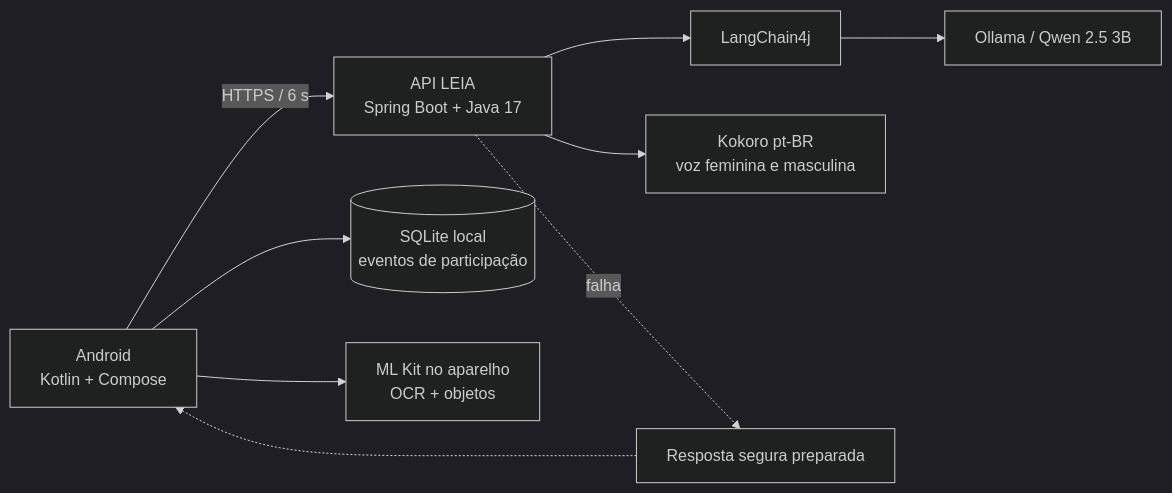
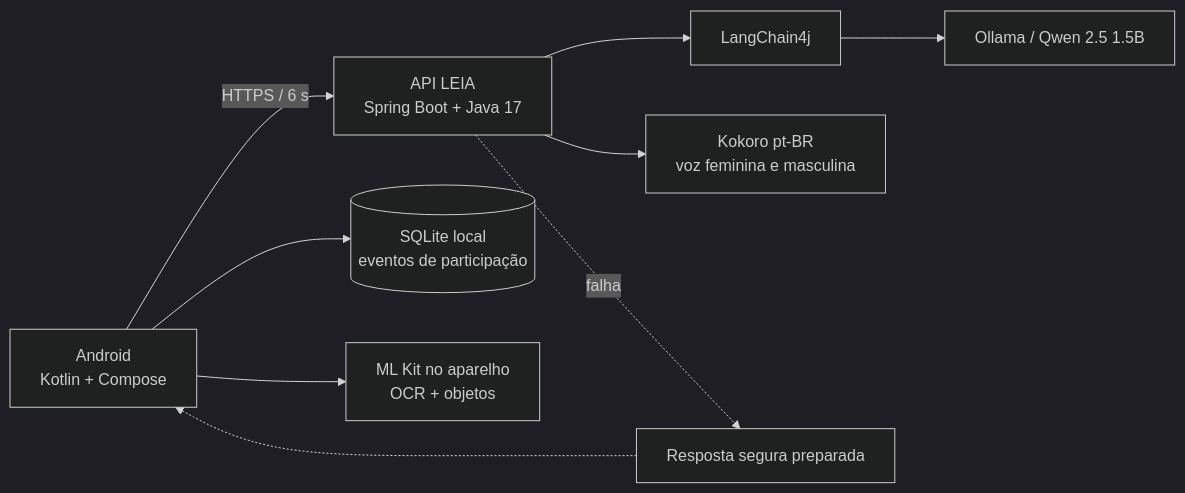
The diagram in README.md (Victorzinn704/InterpretaAI), drawn with Mermaid (dark theme) before and after one commit. The commit also changed other lines of this file and 22 other files, not shown here.

````diff
--- a/README.md
+++ b/README.md
@@ -137,11 +138,11 @@
 ```mermaid
 flowchart LR
     A[Android\nKotlin + Compose] -->|HTTPS / 6 s| B[API LEIA\nSpring Boot + Java 17]
     A --> C[(SQLite local\neventos de participação)]
     A --> D[ML Kit no aparelho\nOCR + objetos]
     B --> E[LangChain4j]
-    E --> F[Ollama / Qwen 2.5 3B]
+    E --> F[Ollama / Qwen 2.5 1.5B]
     B --> G[Kokoro pt-BR\nvoz feminina e masculina]
     B -. falha .-> H[Resposta segura preparada]
     H -.-> A
 ```
````
